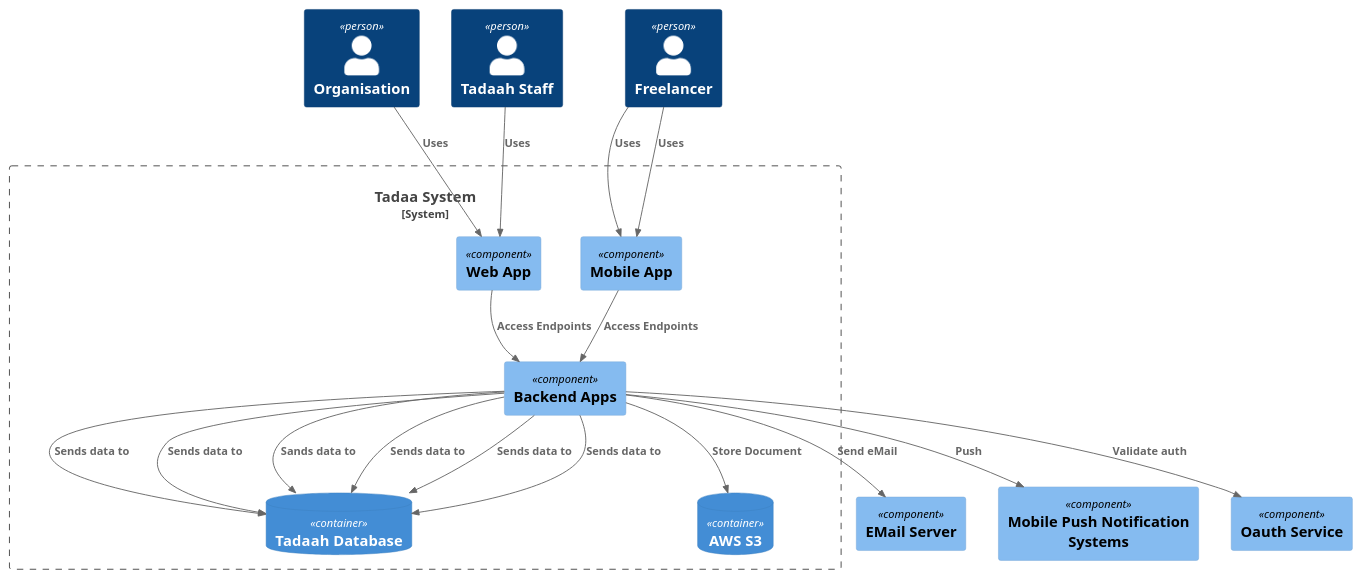
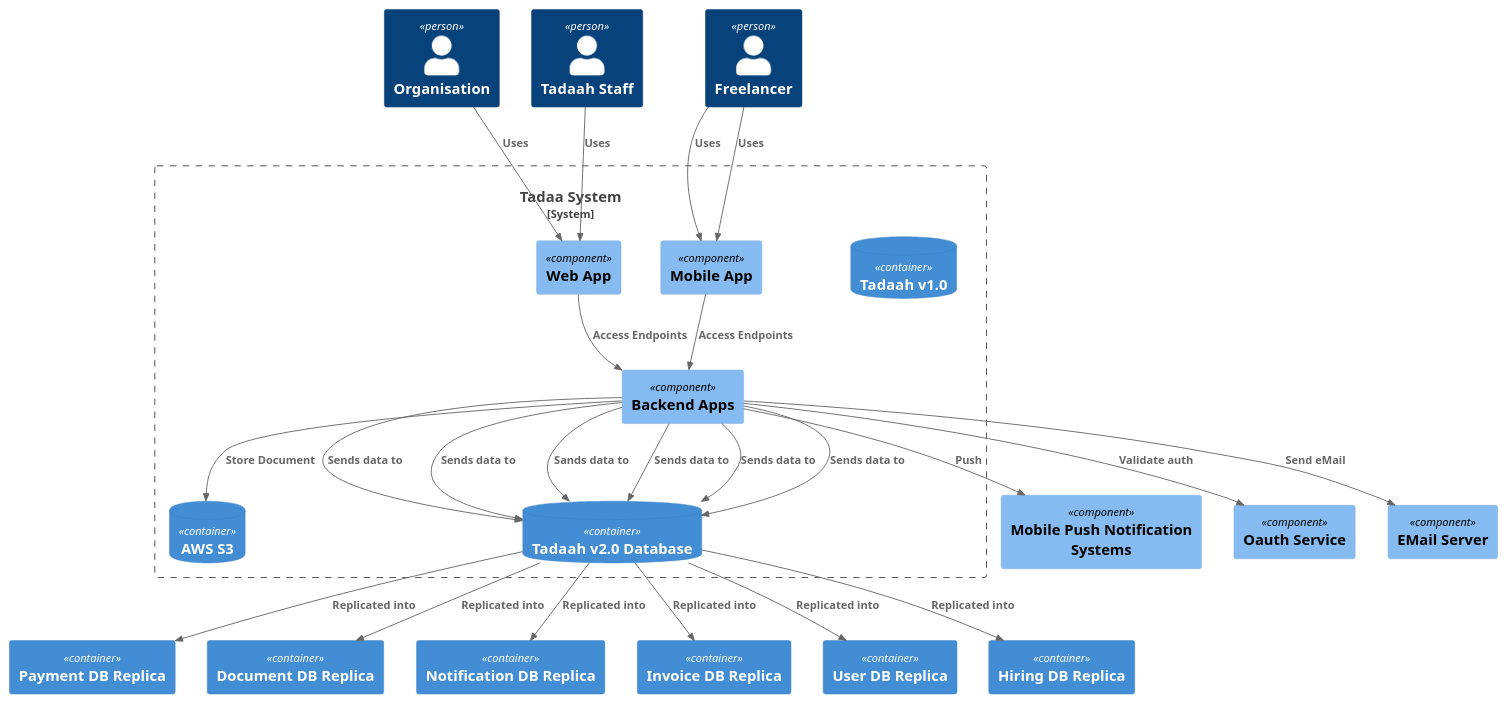
Before and after one commit to brunasti/icepanel-tools: the diagram in examples/tadaah/icePanel-C4-2-Tadaa_System.puml, drawn with PlantUML. The commit also changed 7 other files, not shown here.

Commit message:
Tadaah DataLake

```diff
--- a/examples/tadaah/icePanel-C4-2-Tadaa_System.puml
+++ b/examples/tadaah/icePanel-C4-2-Tadaa_System.puml
@@ -1,68 +1,87 @@
 @startuml
 'https://plantuml.com/class-diagram
 ' CONVERT ICEPANEL DIAGRAM ===========
 ' Converter          : it.brunasti.icepanel.tools.IcePanelToPlantUmlConverter
 ' IcePanel JSON File : [./examples/tadaah/tadaah-001.json]
 ' Configuration      : [./examples/tadaah/config.json]
-' Generated at       : Fri Jan 10 17:22:14 CET 2025
+' Generated at       : Mon Jan 13 14:43:54 CET 2025
 
 !include https://raw.githubusercontent.com/plantuml-stdlib/C4-PlantUML/master/C4_Context.puml
 !include https://raw.githubusercontent.com/plantuml-stdlib/C4-PlantUML/master/C4_Component.puml
 
 
 
 System_Boundary(VZo4IA6ttTp0XCmX1h6o, "Tadaa System" ) {
     ' CLASSES =======
     ContainerDb(Crj6OVjno3V3VzBN9ZV7, "AWS S3", "", "")
     Component(LXvhwDpIAwiWY9cfveXB, "Backend Apps", "")
+    ContainerDb(4RHCmF9wWC54tv94wZha, "Tadaah v1.0", "", "")
     Component(wiZgyeKZbmqMpX3umth7, "Mobile App", "")
     Component(01MRBoO6TNPt4PmaELoO, "Web App", "")
-    ContainerDb(7GHp8F8aCdHY91UqUPRd, "Tadaah Database", "", "")
+    ContainerDb(7GHp8F8aCdHY91UqUPRd, "Tadaah v2.0 Database", "", "")
 }
 
 
 ' NEIGHBOR CLASSES =======
+Container(PPsKcTiOTIF44We88VOs, "Payment DB Replica", "", "")
 Person(meF1nRjud1koeACE8CFO, "Organisation", "")
+Person(kI67J5sJZiz7LxjwL6OT, "Tadaah Staff", "")
+Container(uto1SdyIZwaqL7wSHRx1, "Document DB Replica", "", "")
+Component(2JDmHPAMah1HIF7dqy8m, "Mobile Push Notification Systems", "")
+Container(ErmSGEFjt3933cjfWsae, "Notification DB Replica", "", "")
+Container(jH3vKLGq8d8InYPs9p4N, "Invoice DB Replica", "", "")
+Container(Dqntl7RMPixIOoFKX33z, "User DB Replica", "", "")
 Person(ye2OoAgJhthRThhjIe69, "Freelancer", "")
+Container(TMgxrOsSCJOKTsB4vDlx, "Hiring DB Replica", "", "")
 Component(lBh7KhgVrh9fCPMlt1PE, "Oauth Service", "")
 Component(TUJ4gE8Z8W1QkQOuPH4W, "EMail Server", "")
-Person(kI67J5sJZiz7LxjwL6OT, "Tadaah Staff", "")
-Component(2JDmHPAMah1HIF7dqy8m, "Mobile Push Notification Systems", "")
 
 
 ' SUB DIAGRAM CONNECTIONS ======= Base : [VZo4IA6ttTp0XCmX1h6o]
-' CONNECTION : [Sends data to] [LXvhwDpIAwiWY9cfveXB] [7GHp8F8aCdHY91UqUPRd] [outgoing]
-Rel(LXvhwDpIAwiWY9cfveXB, 7GHp8F8aCdHY91UqUPRd, "Sends data to" )
-' CONNECTION : [Sends data to] [LXvhwDpIAwiWY9cfveXB] [7GHp8F8aCdHY91UqUPRd] [outgoing]
-Rel(LXvhwDpIAwiWY9cfveXB, 7GHp8F8aCdHY91UqUPRd, "Sends data to" )
+' CONNECTION : [Push] [LXvhwDpIAwiWY9cfveXB] [2JDmHPAMah1HIF7dqy8m] [outgoing]
+Rel(LXvhwDpIAwiWY9cfveXB, 2JDmHPAMah1HIF7dqy8m, "Push" )
+' CONNECTION : [Replicated into] [7GHp8F8aCdHY91UqUPRd] [TMgxrOsSCJOKTsB4vDlx] [outgoing]
+Rel(7GHp8F8aCdHY91UqUPRd, TMgxrOsSCJOKTsB4vDlx, "Replicated into" )
+' CONNECTION : [Replicated into] [7GHp8F8aCdHY91UqUPRd] [Dqntl7RMPixIOoFKX33z] [outgoing]
+Rel(7GHp8F8aCdHY91UqUPRd, Dqntl7RMPixIOoFKX33z, "Replicated into" )
 ' CONNECTION : [Uses] [ye2OoAgJhthRThhjIe69] [wiZgyeKZbmqMpX3umth7] [outgoing]
 Rel(ye2OoAgJhthRThhjIe69, wiZgyeKZbmqMpX3umth7, "Uses" )
-' CONNECTION : [Push] [LXvhwDpIAwiWY9cfveXB] [2JDmHPAMah1HIF7dqy8m] [outgoing]
-Rel(LXvhwDpIAwiWY9cfveXB, 2JDmHPAMah1HIF7dqy8m, "Push" )
-' CONNECTION : [Uses] [ye2OoAgJhthRThhjIe69] [wiZgyeKZbmqMpX3umth7] [outgoing]
-Rel(ye2OoAgJhthRThhjIe69, wiZgyeKZbmqMpX3umth7, "Uses" )
-' CONNECTION : [Send eMail] [LXvhwDpIAwiWY9cfveXB] [TUJ4gE8Z8W1QkQOuPH4W] [outgoing]
-Rel(LXvhwDpIAwiWY9cfveXB, TUJ4gE8Z8W1QkQOuPH4W, "Send eMail" )
-' CONNECTION : [Uses] [kI67J5sJZiz7LxjwL6OT] [01MRBoO6TNPt4PmaELoO] [outgoing]
-Rel(kI67J5sJZiz7LxjwL6OT, 01MRBoO6TNPt4PmaELoO, "Uses" )
-' CONNECTION : [Access Endpoints] [01MRBoO6TNPt4PmaELoO] [LXvhwDpIAwiWY9cfveXB] [outgoing]
-Rel(01MRBoO6TNPt4PmaELoO, LXvhwDpIAwiWY9cfveXB, "Access Endpoints" )
 ' CONNECTION : [Sends data to] [LXvhwDpIAwiWY9cfveXB] [7GHp8F8aCdHY91UqUPRd] [outgoing]
 Rel(LXvhwDpIAwiWY9cfveXB, 7GHp8F8aCdHY91UqUPRd, "Sends data to" )
 ' CONNECTION : [Sends data to] [LXvhwDpIAwiWY9cfveXB] [7GHp8F8aCdHY91UqUPRd] [outgoing]
 Rel(LXvhwDpIAwiWY9cfveXB, 7GHp8F8aCdHY91UqUPRd, "Sends data to" )
 ' CONNECTION : [Sands data to] [LXvhwDpIAwiWY9cfveXB] [7GHp8F8aCdHY91UqUPRd] [outgoing]
 Rel(LXvhwDpIAwiWY9cfveXB, 7GHp8F8aCdHY91UqUPRd, "Sands data to" )
 ' CONNECTION : [Sends data to] [LXvhwDpIAwiWY9cfveXB] [7GHp8F8aCdHY91UqUPRd] [outgoing]
 Rel(LXvhwDpIAwiWY9cfveXB, 7GHp8F8aCdHY91UqUPRd, "Sends data to" )
+' CONNECTION : [Replicated into] [7GHp8F8aCdHY91UqUPRd] [jH3vKLGq8d8InYPs9p4N] [outgoing]
+Rel(7GHp8F8aCdHY91UqUPRd, jH3vKLGq8d8InYPs9p4N, "Replicated into" )
+' CONNECTION : [Uses] [meF1nRjud1koeACE8CFO] [01MRBoO6TNPt4PmaELoO] [outgoing]
+Rel(meF1nRjud1koeACE8CFO, 01MRBoO6TNPt4PmaELoO, "Uses" )
+' CONNECTION : [Sends data to] [LXvhwDpIAwiWY9cfveXB] [7GHp8F8aCdHY91UqUPRd] [outgoing]
+Rel(LXvhwDpIAwiWY9cfveXB, 7GHp8F8aCdHY91UqUPRd, "Sends data to" )
+' CONNECTION : [Sends data to] [LXvhwDpIAwiWY9cfveXB] [7GHp8F8aCdHY91UqUPRd] [outgoing]
+Rel(LXvhwDpIAwiWY9cfveXB, 7GHp8F8aCdHY91UqUPRd, "Sends data to" )
+' CONNECTION : [Uses] [ye2OoAgJhthRThhjIe69] [wiZgyeKZbmqMpX3umth7] [outgoing]
+Rel(ye2OoAgJhthRThhjIe69, wiZgyeKZbmqMpX3umth7, "Uses" )
+' CONNECTION : [Replicated into] [7GHp8F8aCdHY91UqUPRd] [ErmSGEFjt3933cjfWsae] [outgoing]
+Rel(7GHp8F8aCdHY91UqUPRd, ErmSGEFjt3933cjfWsae, "Replicated into" )
+' CONNECTION : [Send eMail] [LXvhwDpIAwiWY9cfveXB] [TUJ4gE8Z8W1QkQOuPH4W] [outgoing]
+Rel(LXvhwDpIAwiWY9cfveXB, TUJ4gE8Z8W1QkQOuPH4W, "Send eMail" )
+' CONNECTION : [Uses] [kI67J5sJZiz7LxjwL6OT] [01MRBoO6TNPt4PmaELoO] [outgoing]
+Rel(kI67J5sJZiz7LxjwL6OT, 01MRBoO6TNPt4PmaELoO, "Uses" )
+' CONNECTION : [Access Endpoints] [01MRBoO6TNPt4PmaELoO] [LXvhwDpIAwiWY9cfveXB] [outgoing]
+Rel(01MRBoO6TNPt4PmaELoO, LXvhwDpIAwiWY9cfveXB, "Access Endpoints" )
+' CONNECTION : [Replicated into] [7GHp8F8aCdHY91UqUPRd] [PPsKcTiOTIF44We88VOs] [outgoing]
+Rel(7GHp8F8aCdHY91UqUPRd, PPsKcTiOTIF44We88VOs, "Replicated into" )
 ' CONNECTION : [Store Document] [LXvhwDpIAwiWY9cfveXB] [Crj6OVjno3V3VzBN9ZV7] [outgoing]
 Rel(LXvhwDpIAwiWY9cfveXB, Crj6OVjno3V3VzBN9ZV7, "Store Document" )
 ' CONNECTION : [Access Endpoints] [wiZgyeKZbmqMpX3umth7] [LXvhwDpIAwiWY9cfveXB] [outgoing]
 Rel(wiZgyeKZbmqMpX3umth7, LXvhwDpIAwiWY9cfveXB, "Access Endpoints" )
-' CONNECTION : [Uses] [meF1nRjud1koeACE8CFO] [01MRBoO6TNPt4PmaELoO] [outgoing]
-Rel(meF1nRjud1koeACE8CFO, 01MRBoO6TNPt4PmaELoO, "Uses" )
+' CONNECTION : [Replicated into] [7GHp8F8aCdHY91UqUPRd] [uto1SdyIZwaqL7wSHRx1] [outgoing]
+Rel(7GHp8F8aCdHY91UqUPRd, uto1SdyIZwaqL7wSHRx1, "Replicated into" )
 ' CONNECTION : [Validate auth] [LXvhwDpIAwiWY9cfveXB] [lBh7KhgVrh9fCPMlt1PE] [outgoing]
 Rel(LXvhwDpIAwiWY9cfveXB, lBh7KhgVrh9fCPMlt1PE, "Validate auth" )
 
 
 @enduml
```
